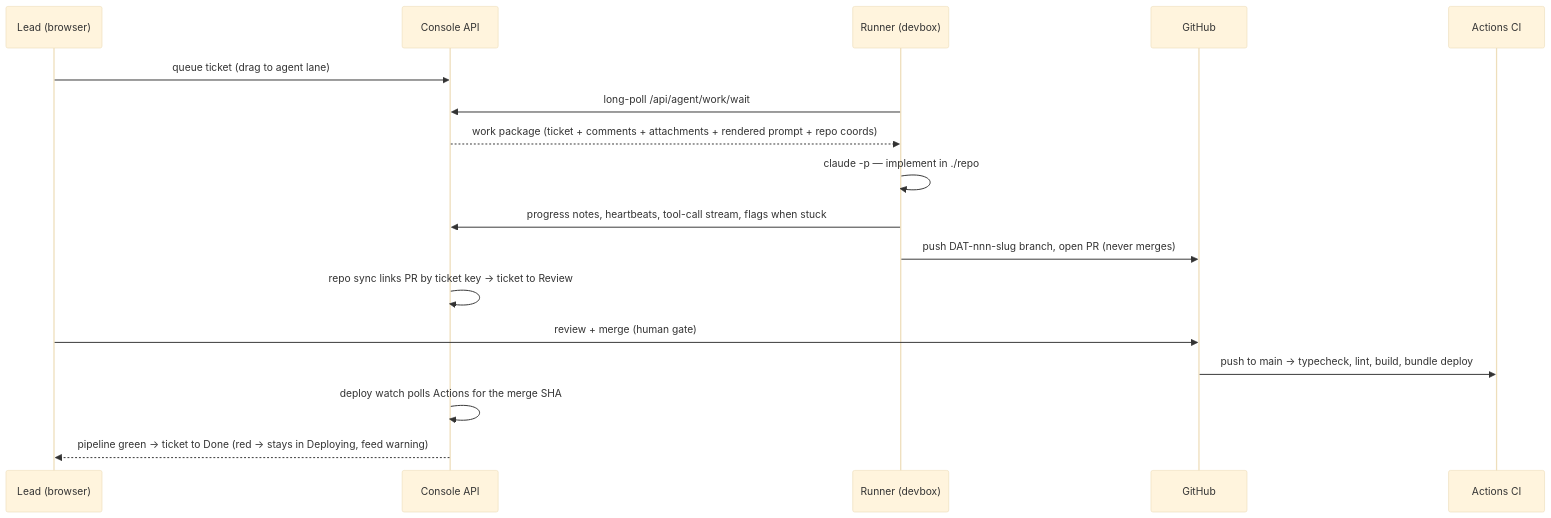
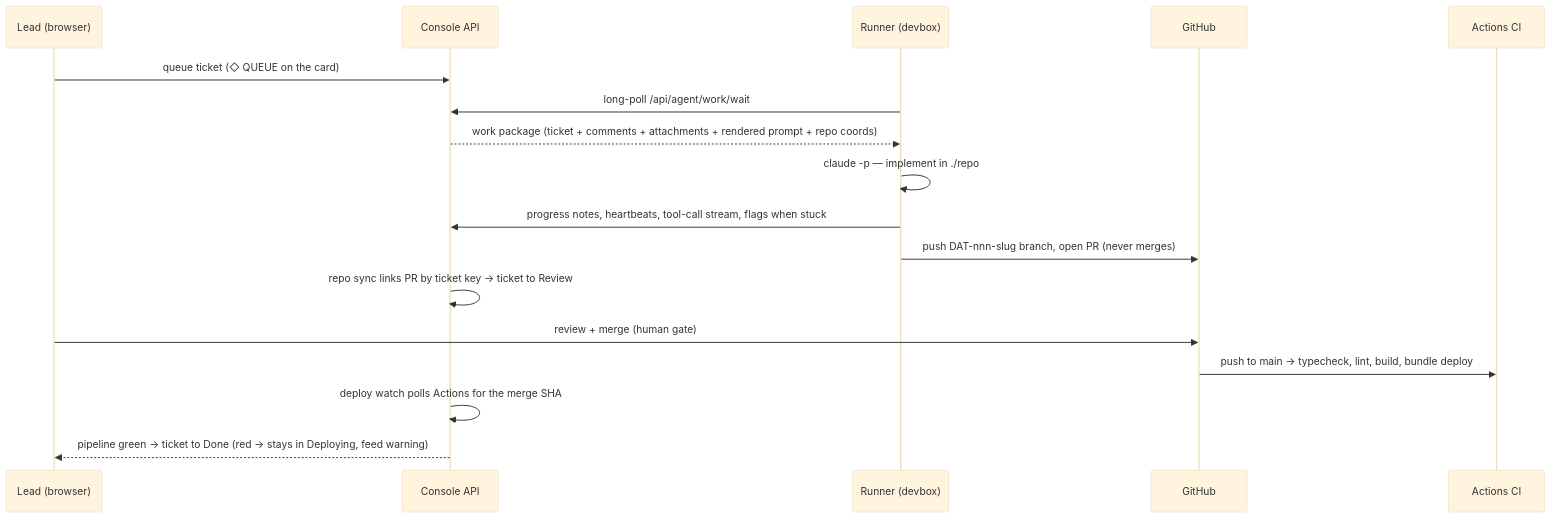
The second of 2 diagrams in docs/architecture.md (nsdallenbach/cometloop), drawn with Mermaid (base theme) before and after one commit. The commit also changed other lines of this file and 17 other files, not shown here.

````diff
--- a/docs/architecture.md
+++ b/docs/architecture.md
@@ -155,20 +161,20 @@
 ```mermaid
 sequenceDiagram
     participant L as Lead (browser)
     participant C as Console API
     participant R as Runner (devbox)
     participant G as GitHub
     participant CI as Actions CI
 
-    L->>C: queue ticket (drag to agent lane)
+    L->>C: queue ticket (◇ QUEUE on the card)
     R->>C: long-poll /api/agent/work/wait
     C-->>R: work package (ticket + comments + attachments + rendered prompt + repo coords)
     R->>R: claude -p — implement in ./repo
     R->>C: progress notes, heartbeats, tool-call stream, flags when stuck
     R->>G: push DAT-nnn-slug branch, open PR (never merges)
     C->>C: repo sync links PR by ticket key → ticket to Review
     L->>G: review + merge (human gate)
     G->>CI: push to main → typecheck, lint, build, bundle deploy
     C->>C: deploy watch polls Actions for the merge SHA
     C-->>L: pipeline green → ticket to Done (red → stays in Deploying, feed warning)
 ```
````
